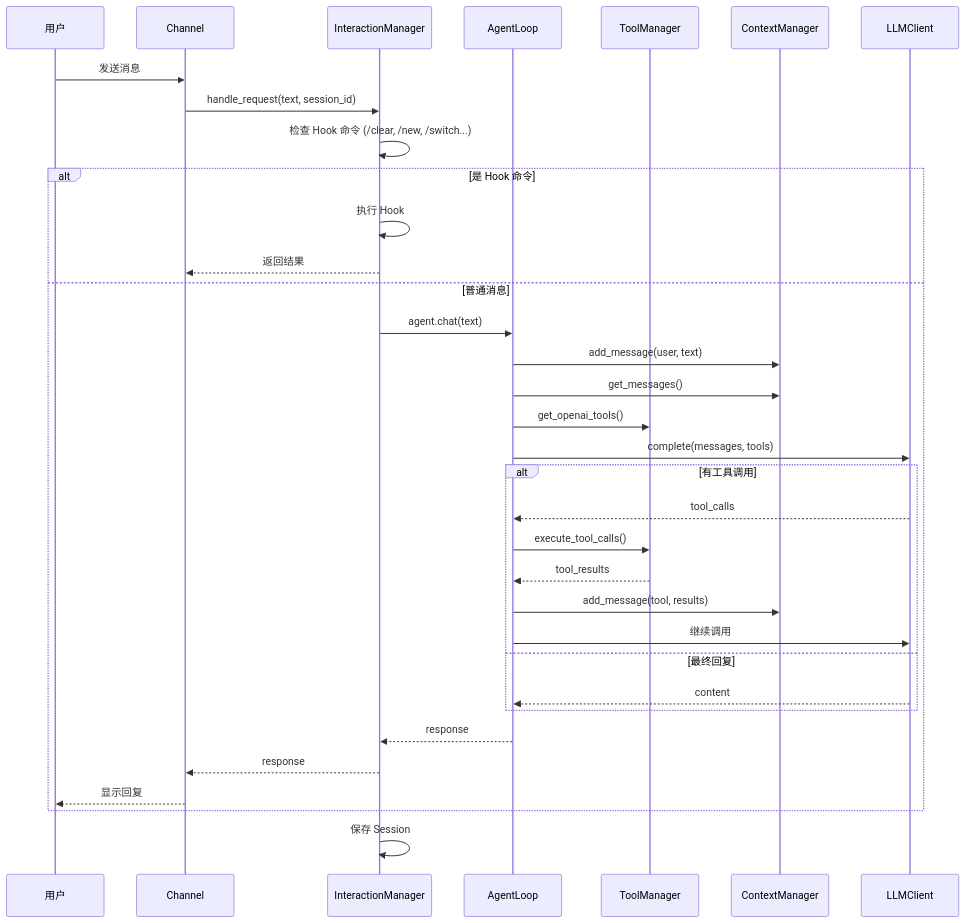
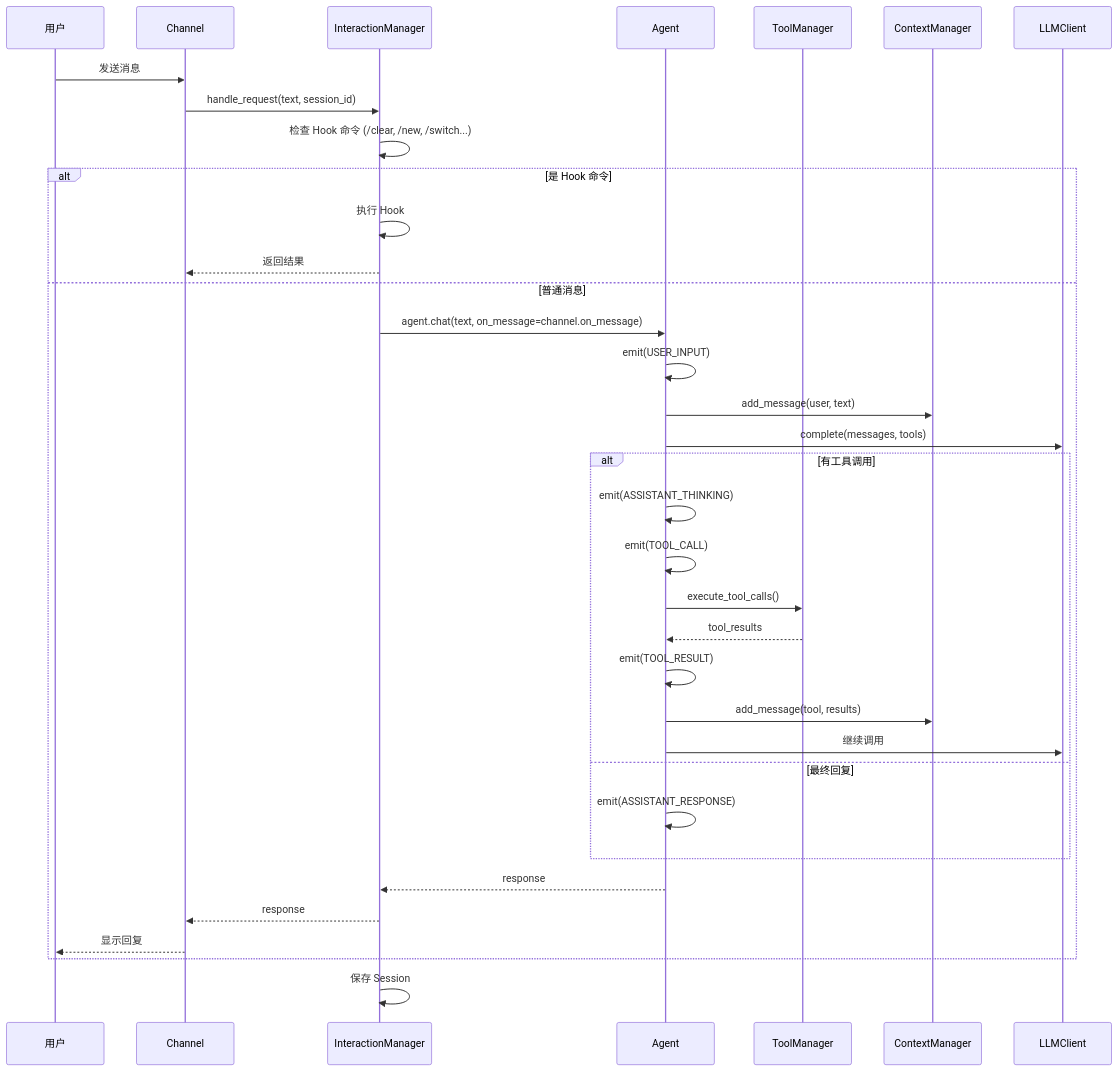
The diagram in README.md (opensetk/kagent), drawn with Mermaid before and after one commit. The commit also changed other lines of this file and 43 other files, not shown here.

````diff
--- a/README.md
+++ b/README.md
@@ -89,43 +139,44 @@
 ```mermaid
 sequenceDiagram
     participant User as 用户
     participant Channel as Channel
     participant IM as InteractionManager
-    participant Agent as AgentLoop
+    participant Agent as Agent
     participant TM as ToolManager
     participant CM as ContextManager
     participant LLM as LLMClient
 
     User->>Channel: 发送消息
     Channel->>IM: handle_request(text, session_id)
     
     IM->>IM: 检查 Hook 命令 (/clear, /new, /switch...)
     
     alt 是 Hook 命令
         IM->>IM: 执行 Hook
         IM-->>Channel: 返回结果
     else 普通消息
-        IM->>Agent: agent.chat(text)
+        IM->>Agent: agent.chat(text, on_message=channel.on_message)
         
+        Agent->>Agent: emit(USER_INPUT)
         Agent->>CM: add_message(user, text)
-        Agent->>CM: get_messages()
-        Agent->>TM: get_openai_tools()
         Agent->>LLM: complete(messages, tools)
         
         alt 有工具调用
-            LLM-->>Agent: tool_calls
+            Agent->>Agent: emit(ASSISTANT_THINKING)
+            Agent->>Agent: emit(TOOL_CALL)
             Agent->>TM: execute_tool_calls()
             TM-->>Agent: tool_results
+            Agent->>Agent: emit(TOOL_RESULT)
             Agent->>CM: add_message(tool, results)
             Agent->>LLM: 继续调用
         else 最终回复
-            LLM-->>Agent: content
+            Agent->>Agent: emit(ASSISTANT_RESPONSE)
         end
         
         Agent-->>IM: response
         IM-->>Channel: response
         Channel-->>User: 显示回复
     end
     
     IM->>IM: 保存 Session
 ```
````
